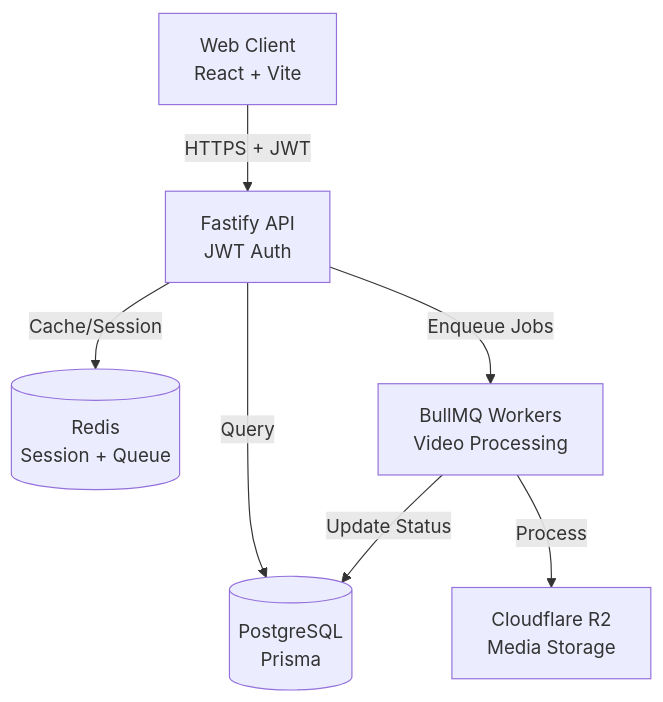
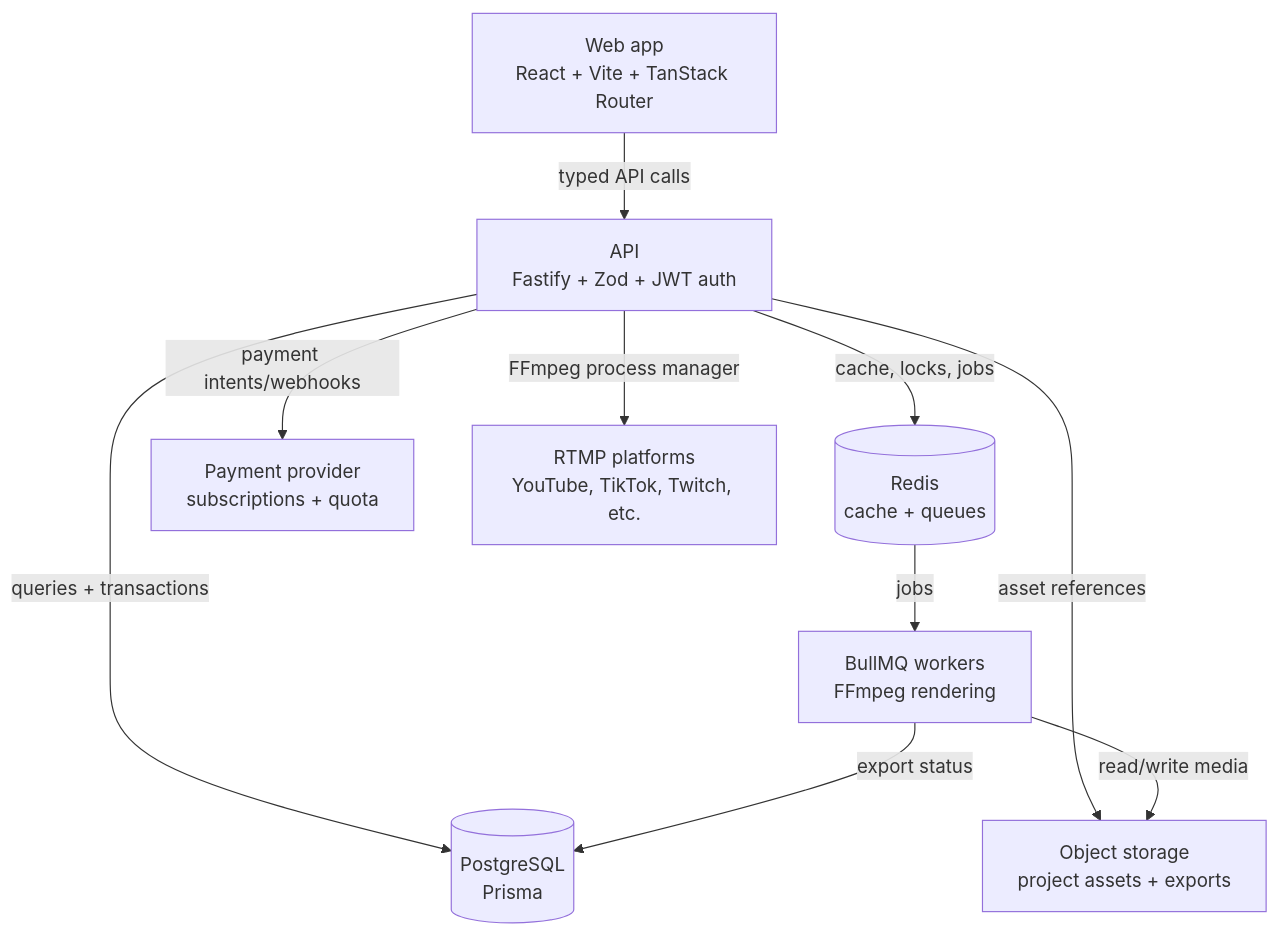
Before and after one commit to aldrndev/vibe-creator: the diagram in README.md, drawn with Mermaid. The commit also changed other lines of this file and 140 other files, not shown here.

````diff
--- a/README.md
+++ b/README.md
@@ -18,16 +33,21 @@
 ```mermaid
 graph TB
-    Client[Web Client<br/>React + Vite]
-    API[Fastify API<br/>JWT Auth]
-    DB[(PostgreSQL<br/>Prisma)]
-    Cache[(Redis<br/>Session + Queue)]
-    Queue[BullMQ Workers<br/>Video Processing]
-    Storage[Cloudflare R2<br/>Media Storage]
+  Web["Web app<br/>React + Vite + TanStack Router"]
+  API["API<br/>Fastify + Zod + JWT auth"]
+  DB[("PostgreSQL<br/>Prisma")]
+  Redis[("Redis<br/>cache + queues")]
+  Workers["BullMQ workers<br/>FFmpeg rendering"]
+  Storage["Object storage<br/>project assets + exports"]
+  Payments["Payment provider<br/>subscriptions + quota"]
+  RTMP["RTMP platforms<br/>YouTube, TikTok, Twitch, etc."]
 
-    Client -->|HTTPS + JWT| API
-    API -->|Query| DB
-    API -->|Cache/Session| Cache
-    API -->|Enqueue Jobs| Queue
-    Queue -->|Process| Storage
-    Queue -->|Update Status| DB
+  Web -->|"typed API calls"| API
+  API -->|"queries + transactions"| DB
+  API -->|"cache, locks, jobs"| Redis
+  API -->|"asset references"| Storage
+  API -->|"payment intents/webhooks"| Payments
+  Redis -->|"jobs"| Workers
+  Workers -->|"read/write media"| Storage
+  Workers -->|"export status"| DB
+  API -->|"FFmpeg process manager"| RTMP
 ```
````
